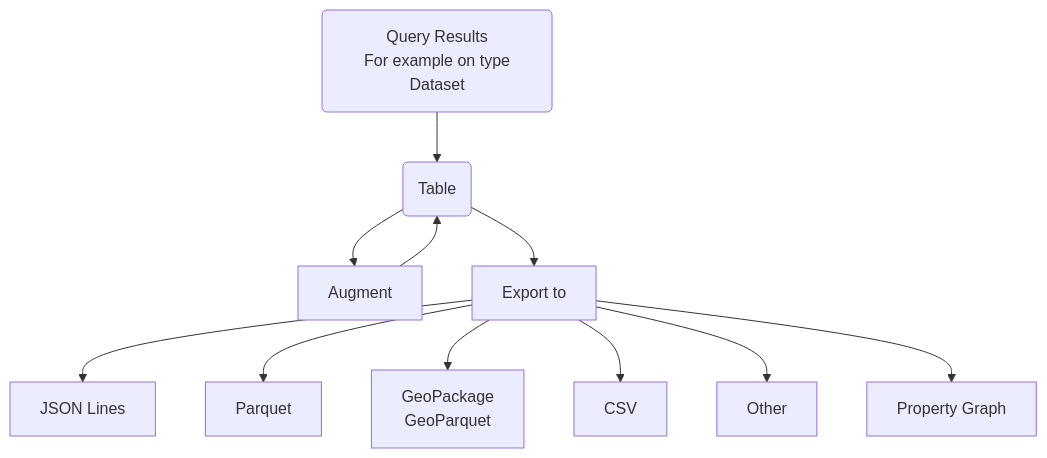
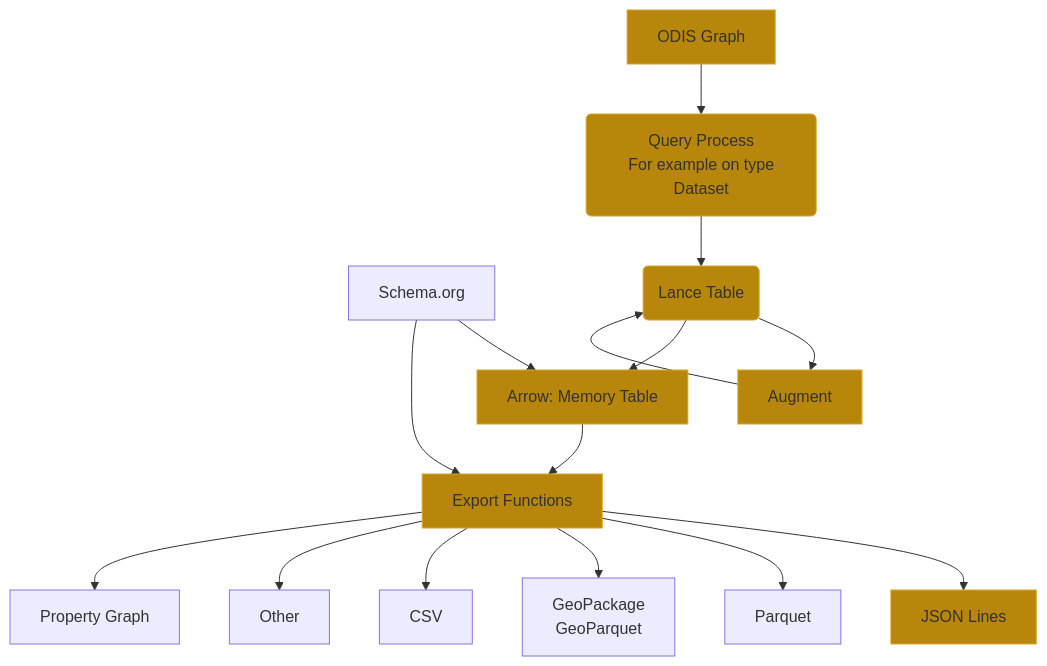
One commit to iodepo/g2s changed the diagram in docs/products.md. Above: the diagram before and after it, drawn with Mermaid. The commit also changed other lines of this file, not shown here.

Commit message:
update product flowchart and include export function details in documentation

````diff
--- a/docs/products.md
+++ b/docs/products.md
@@ -5,16 +5,28 @@
 ```mermaid
 flowchart TD
-    A(Query Results\n For example on type Dataset) --> B(Table)
+    ODIS[ODIS Graph] --> A
+    SDO[Schema.org] --> Ar
+    SDO --> E
+    
+
+    A(Query Process\n For example on type Dataset) --> B(Lance Table)
     C --> B
     B --> C[Augment]
     
-    B --> E[Export to]
+    
+    
+    B --> Ar[Arrow: Memory Table]
+    Ar --> E[Export Functions]
 
     E --> K[JSON Lines]
     E --> P[Parquet]
     E --> G[GeoPackage \n GeoParquet]
     E --> CSV[CSV]
     E --> O[Other]
     
     E --> PG[Property Graph]
+    
+classDef golden fill:#B8860B, stroke:#DAA520
+    class ODIS,A,B,C,Ar,E,K golden
+
 ```
````
